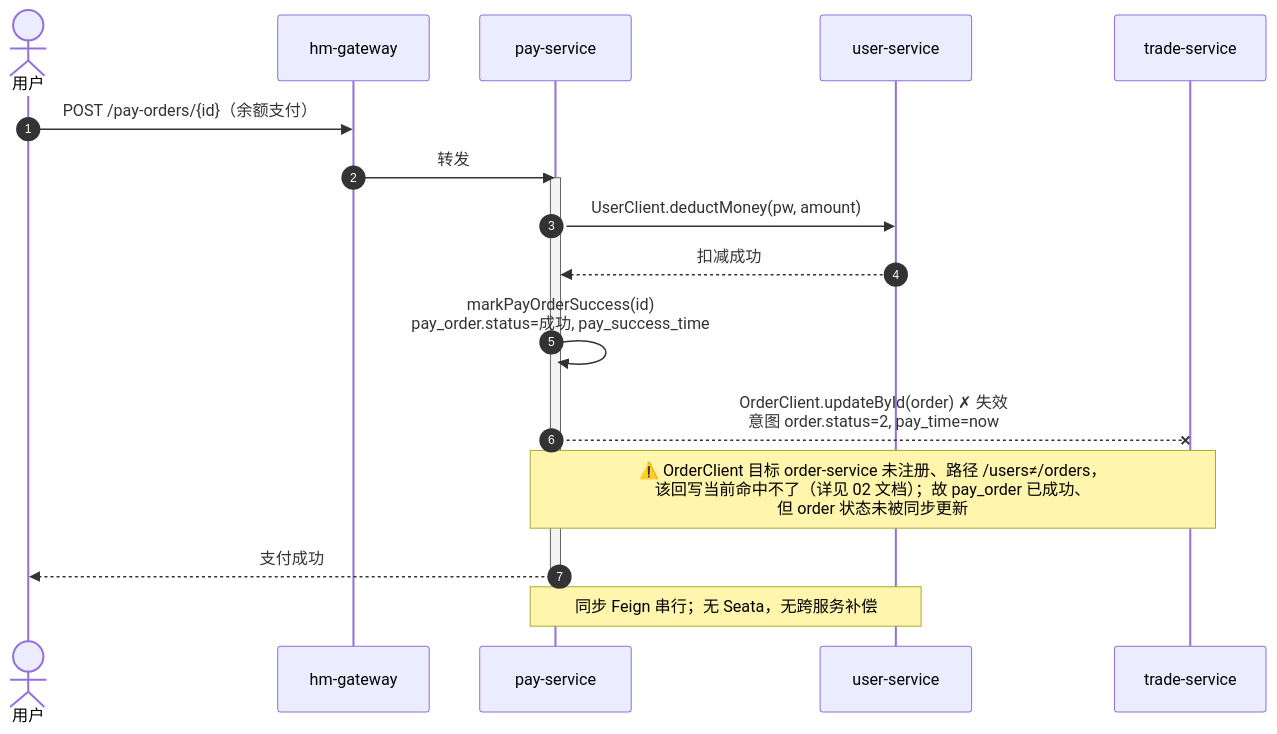
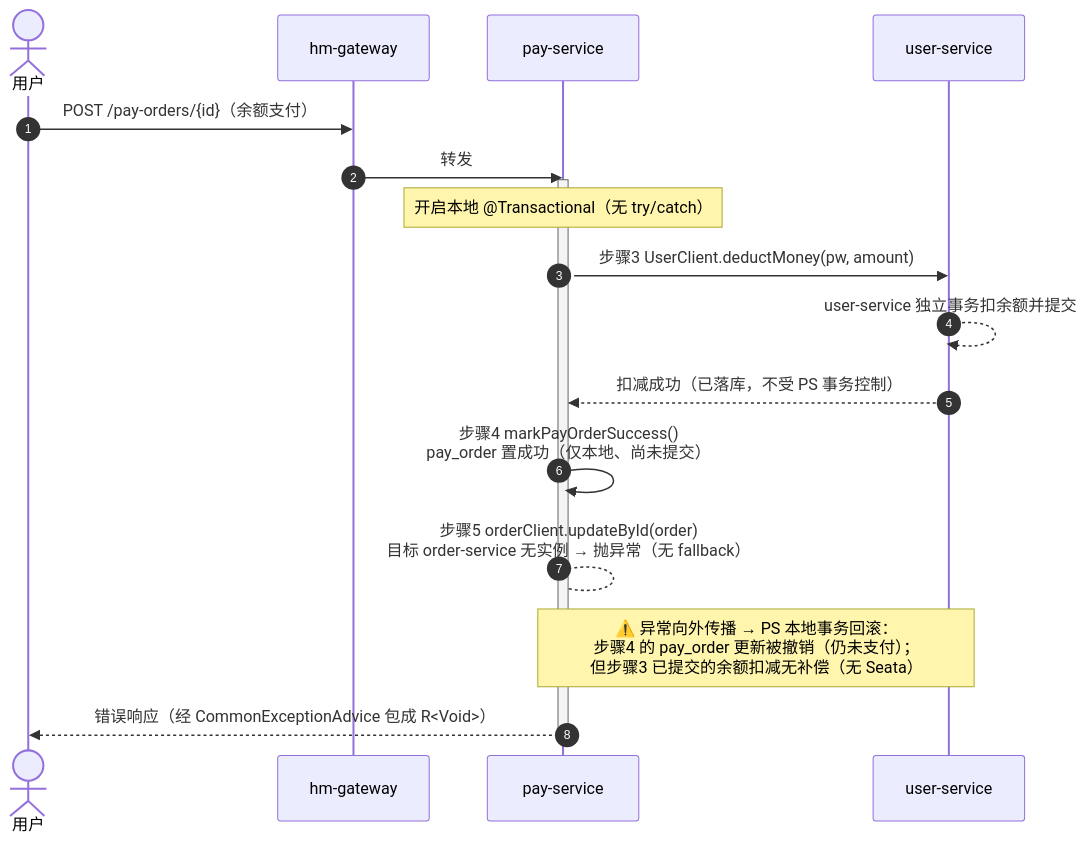
One commit to 3219378872/web-dev-experiment changed the third of 3 diagrams in docs/structure/03-sequence-diagrams.md. Above: the diagram before and after it, drawn with Mermaid. The commit also changed other lines of this file and 1 other file, not shown here.

Commit message:
docs: redraw payment sequence as real rollback failure (codex round 3)
回应 codex-review 第三轮 blocking finding（经回代码核实属实）：
tryPayOrderByBalance 标注 @Transactional 且无 try/catch，OrderClient 无
fallback/熔断。步骤5 orderClient.updateById 因目标 order-service 无实例而抛异常，
异常传播导致本地事务回滚 —— 步骤4 的 pay_order 成功更新被撤销（仍未支付），
而步骤3 已在 user-service 独立提交的余额扣减不会补偿。用户最终收到错误响应。

此前 03 把该路径画成"pay_order 成功 + 用户支付成功 + 仅订单回写失败"，与真实
行为不符。现重画支付时序为真实失败流程（含事务回滚、余额不补偿、错误响应），
并给出结论与修复方向。

mmdc 重渲染 3 图无误；engineering-lint 全绿。

````diff
--- a/docs/structure/03-sequence-diagrams.md
+++ b/docs/structure/03-sequence-diagrams.md
@@ -77,21 +81,21 @@
 ```mermaid
 sequenceDiagram
     autonumber
     actor U as 用户
     participant GW as hm-gateway
     participant PS as pay-service
     participant US as user-service
-    participant TS as trade-service
 
     U->>GW: POST /pay-orders/{id}（余额支付）
     GW->>PS: 转发
     activate PS
-    PS->>US: UserClient.deductMoney(pw, amount)
-    US-->>PS: 扣减成功
-    PS->>PS: markPayOrderSuccess(id)<br/>pay_order.status=成功, pay_success_time
-    PS--xTS: OrderClient.updateById(order) ✗ 失效<br/>意图 order.status=2, pay_time=now
-    Note over PS,TS: ⚠️ OrderClient 目标 order-service 未注册、路径 /users≠/orders，<br/>该回写当前命中不了（详见 02 文档）；故 pay_order 已成功、<br/>但 order 状态未被同步更新
-    PS-->>U: 支付成功
+    Note over PS: 开启本地 @Transactional（无 try/catch）
+    PS->>US: 步骤3 UserClient.deductMoney(pw, amount)
+    US-->>US: user-service 独立事务扣余额并提交
+    US-->>PS: 扣减成功（已落库，不受 PS 事务控制）
+    PS->>PS: 步骤4 markPayOrderSuccess()<br/>pay_order 置成功（仅本地、尚未提交）
+    PS-->PS: 步骤5 orderClient.updateById(order)<br/>目标 order-service 无实例 → 抛异常（无 fallback）
+    Note over PS,US: ⚠️ 异常向外传播 → PS 本地事务回滚：<br/>步骤4 的 pay_order 更新被撤销（仍未支付）；<br/>但步骤3 已提交的余额扣减无补偿（无 Seata）
+    PS-->>U: 错误响应（经 CommonExceptionAdvice 包成 R<Void>）
     deactivate PS
-    Note over PS,US: 同步 Feign 串行；无 Seata，无跨服务补偿
 ```
````
